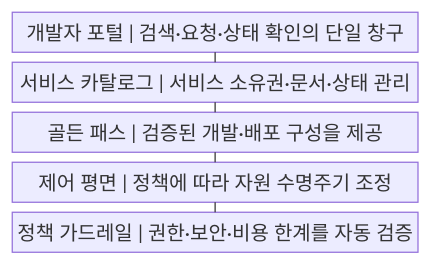
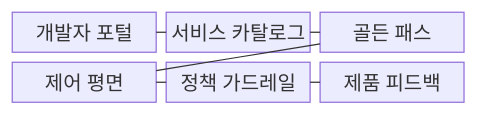
The first of 2 diagrams in src/content/docs/notes/03-software/216_platform_engineering_self_service.md (agnusdei1207/knowledge-base), drawn with Mermaid before and after one commit. The commit also changed other lines of this file and 238 other files, not shown here.

````diff
--- a/src/content/docs/notes/03-software/216_platform_engineering_self_service.md
+++ b/src/content/docs/notes/03-software/216_platform_engineering_self_service.md
@@ -52,13 +52,15 @@
 ```mermaid
-block
-    columns 1
-    A["개발자 포털 | 검색·요청·상태 확인의 단일 창구"]
-    B["서비스 카탈로그 | 서비스 소유권·문서·상태 관리"]
-    C["골든 패스 | 검증된 개발·배포 구성을 제공"]
-    D["제어 평면 | 정책에 따라 자원 수명주기 조정"]
-    E["정책 가드레일 | 권한·보안·비용 한계를 자동 검증"]
+block-beta
+    columns 3
+    A["개발자 포털"]
+    B["서비스 카탈로그"]
+    C["골든 패스"]
+    D["제어 평면"]
+    E["정책 가드레일"]
+    F["제품 피드백"]
     A --- B
     B --- C
     C --- D
     D --- E
+    E --- F
 ```
````
